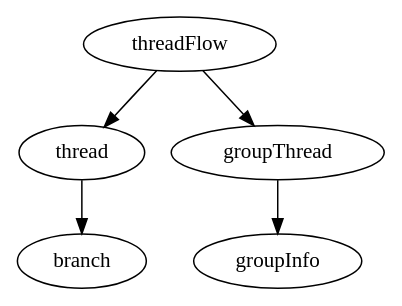
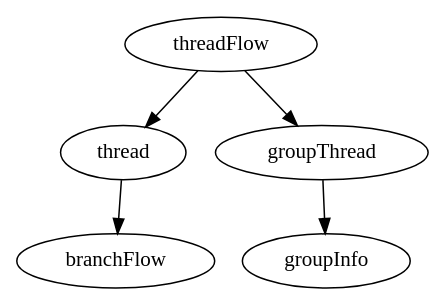
The diagram in feature/chat-direct-thread/routing/src/main/way/thread_flow.dot (DeveloperPalmer/clarify-android), drawn with Graphviz before and after one commit. The commit also changed 49 other files, not shown here.

First line of the commit message:
[chat-branch] Extract branch logic into standalone feature module

```diff
--- a/feature/chat-direct-thread/routing/src/main/way/thread_flow.dot
+++ b/feature/chat-direct-thread/routing/src/main/way/thread_flow.dot
@@ -1,17 +1,18 @@
 digraph ThreadFlow {
   package = "ru.sla.clarify.feature.chat.direct.thread.routing"
 
   threadFlow [
     type = "flow"
     parameterName = "target"
     parameterType = "ru.sla.clarify.feature.chat.direct.thread.domain.entity.ThreadTarget"
   ]
 
-  branch [
-    parameterName = "id",
-    parameterType = "ru.sla.clarify.feature.chat.direct.thread.domain.entity.Branch.Id"
+  branchFlow [
+    type = "schema"
+    parameterName = "id"
+    parameterType = "ru.sla.clarify.feature.chat.branch.domain.entity.Branch.Id"
   ]
 
-  threadFlow -> thread -> branch
+  threadFlow -> thread -> branchFlow
   threadFlow -> groupThread -> groupInfo
 }
```
